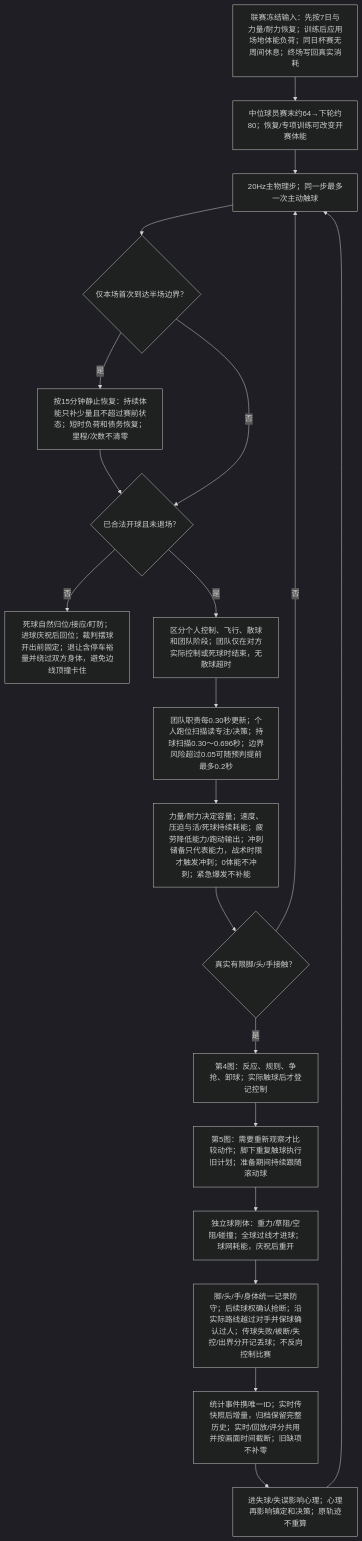
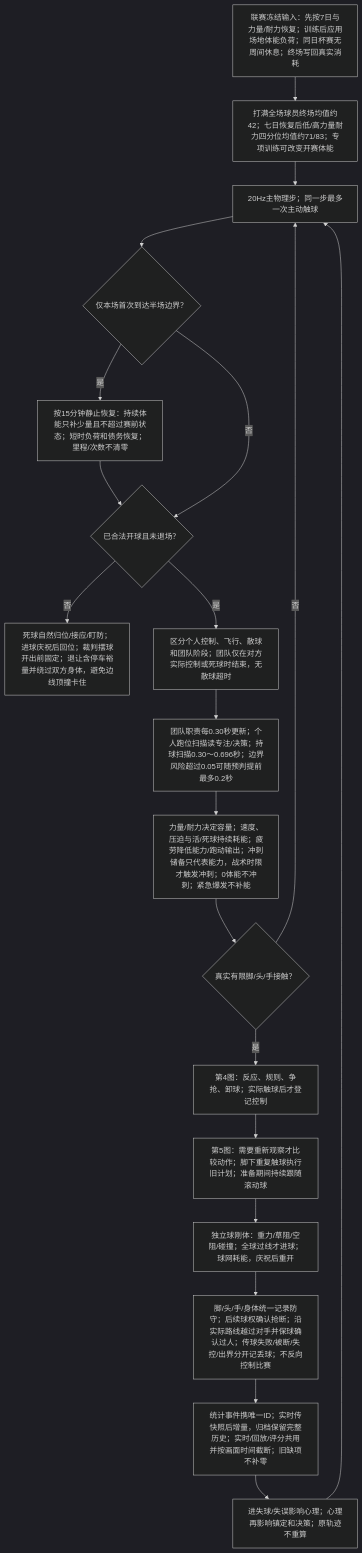
Before and after one commit to sixu3575/touchline-manager: the first of 7 diagrams in packages/shared/modules/matches/design/PLAYER_DECISION_MAP.md, drawn with Mermaid (dark theme). The commit also changed other lines of this file and 20 other files, not shown here.

````diff
--- a/packages/shared/modules/matches/design/PLAYER_DECISION_MAP.md
+++ b/packages/shared/modules/matches/design/PLAYER_DECISION_MAP.md
@@ -13,22 +13,22 @@
 ```mermaid
 flowchart TD
-  OW["联赛冻结输入：先按7日与力量/耐力恢复；训练后应用场地体能负荷；同日杯赛无周间休息；终场写回真实消耗"] --> OW1["中位球员赛末约64→下轮约80；恢复/专项训练可改变开赛体能"]
+  OW["联赛冻结输入：先按7日与力量/耐力恢复；训练后应用场地体能负荷；同日杯赛无周间休息；终场写回真实消耗"] --> OW1["打满全场球员终场均值约42；七日恢复后低/高力量耐力四分位均值约71/83；专项训练可改变开赛体能"]
   OW1 --> O0["20Hz主物理步；同一步最多一次主动触球"]
   O0 --> OH{"仅本场首次到达半场边界？"}
   OH -->|是| OH1["按15分钟静止恢复：持续体能只补少量且不超过赛前状态；短时负荷和债务恢复；里程/次数不清零"]
   OH1 --> O1{"已合法开球且未退场？"}
   OH -->|否| O1
   O1 -->|否| O2["死球自然归位/接应/盯防；进球庆祝后回位；裁判摆球开出前固定；退让含停车裕量并绕过双方身体，避免边线顶撞卡住"]
   O1 -->|是| O3["区分个人控制、飞行、散球和团队阶段；团队仅在对方实际控制或死球时结束，无散球超时"]
   O3 --> O4["团队职责每0.30秒更新；个人跑位扫描读专注/决策；持球扫描0.30～0.696秒；边界风险超过0.05可随预判提前最多0.2秒"]
   O4 --> O5["力量/耐力决定容量；速度、压迫与活/死球持续耗能；疲劳降低能力/跑动输出；冲刺储备只代表能力，战术时限才触发冲刺；0体能不冲刺；紧急爆发不补能"]
   O5 --> O6{"真实有限脚/头/手接触？"}
   O6 -->|否| O0
   O6 -->|是| O7["第4图：反应、规则、争抢、卸球；实际触球后才登记控制"]
   O7 --> O8["第5图：需要重新观察才比较动作；脚下重复触球执行旧计划；准备期间持续跟随滚动球"]
   O8 --> O9["独立球刚体：重力/草阻/空阻/碰撞；全球过线才进球；球网耗能，庆祝后重开"]
   O9 --> OS["脚/头/手/身体统一记录防守；后续球权确认抢断；沿实际路线越过对手并保球确认过人；传球失败/被断/失控/出界分开记丢球；不反向控制比赛"]
   OS --> OSC["统计事件携唯一ID；实时传快照后增量，归档保留完整历史；实时/回放/评分共用并按画面时间截断；旧缺项不补零"]
   OSC --> OM["进失球/失误影响心理；心理再影响镇定和决策；原轨迹不重算"]
   OM --> O0
 ```
````
